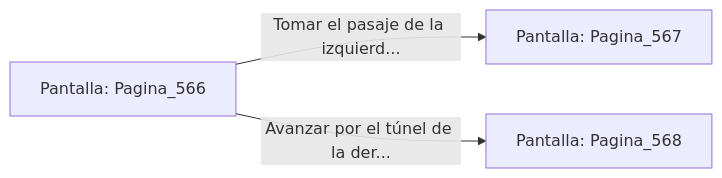
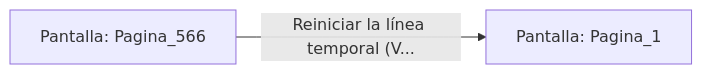
Before and after one commit to metsuke/mpl: the diagram in sample/eligejuego-vault/Pantalla_Pagina_566.md, drawn with Mermaid. The commit also changed other lines of this file and 635 other files, not shown here.

First line of the commit message:
fix: añadir Pagina_1 como pantalla inicial en capitulo_01.mpl

````diff
--- a/sample/eligejuego-vault/Pantalla_Pagina_566.md
+++ b/sample/eligejuego-vault/Pantalla_Pagina_566.md
@@ -20,6 +17,5 @@
 ```mermaid
 graph LR
     P_Pagina_566["Pantalla: Pagina_566"]
-    P_Pagina_566 -->|"Tomar el pasaje de la izquierd..."| P_Pagina_567["Pantalla: Pagina_567"]
-    P_Pagina_566 -->|"Avanzar por el túnel de la der..."| P_Pagina_568["Pantalla: Pagina_568"]
+    P_Pagina_566 -->|"Reiniciar la línea temporal (V..."| P_Pagina_1["Pantalla: Pagina_1"]
 ```
````
